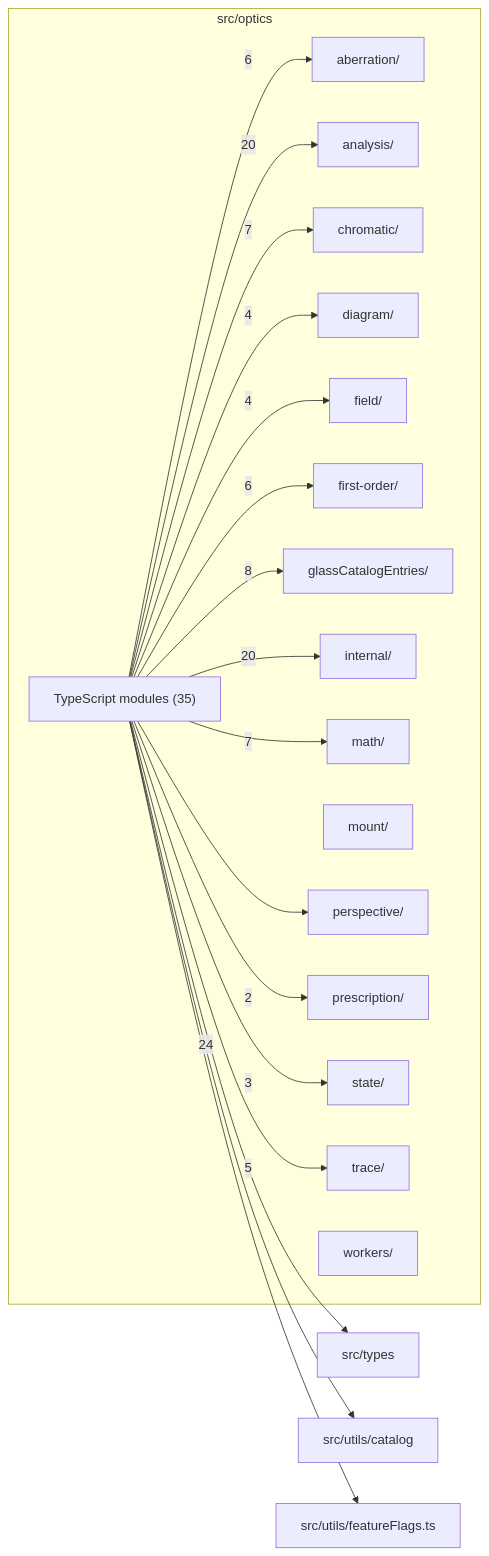
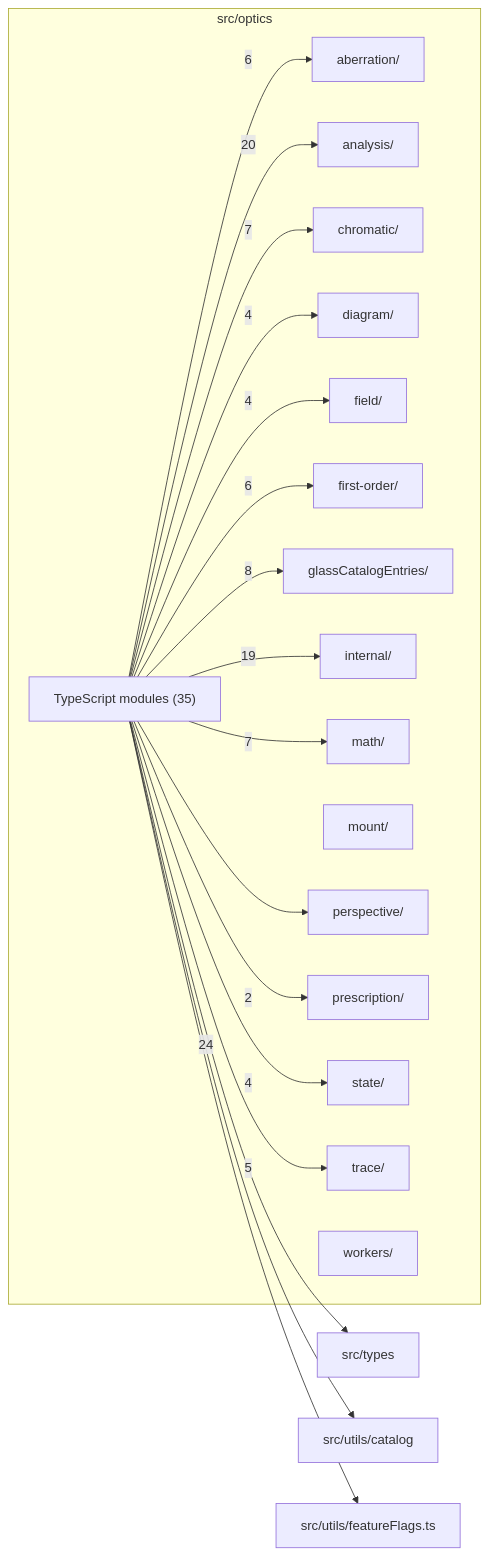
The diagram in src/optics/readme.md (ronbuening/LensVisualizer), drawn with Mermaid before and after one commit. The commit also changed other lines of this file and 27 other files, not shown here.

````diff
--- a/src/optics/readme.md
+++ b/src/optics/readme.md
@@ -9,40 +9,40 @@
 ```mermaid
 flowchart LR
   subgraph n_src_optics["src/optics"]
     n_src_optics_src_optics_aberration["aberration/"]
     n_src_optics_src_optics_analysis["analysis/"]
     n_src_optics_src_optics_chromatic["chromatic/"]
     n_src_optics_src_optics_diagram["diagram/"]
     n_src_optics_src_optics_field["field/"]
     n_src_optics_src_optics_first_order["first-order/"]
     n_src_optics_src_optics_glassCatalogEntries["glassCatalogEntries/"]
     n_src_optics_src_optics_internal["internal/"]
     n_src_optics_src_optics_math["math/"]
     n_src_optics_src_optics_mount["mount/"]
     n_src_optics_src_optics_perspective["perspective/"]
     n_src_optics_src_optics_prescription["prescription/"]
     n_src_optics_src_optics_state["state/"]
     n_src_optics_src_optics_trace["trace/"]
     n_src_optics_src_optics_workers["workers/"]
     n_src_optics_TypeScript_modules["TypeScript modules (35)"]
   end
   n_external_src_types["src/types"]
   n_external_src_utils_catalog["src/utils/catalog"]
   n_external_src_utils_featureFlags_ts["src/utils/featureFlags.ts"]
   n_src_optics_TypeScript_modules --> |24| n_external_src_types
   n_src_optics_TypeScript_modules --> |20| n_src_optics_src_optics_analysis
-  n_src_optics_TypeScript_modules --> |20| n_src_optics_src_optics_internal
+  n_src_optics_TypeScript_modules --> |19| n_src_optics_src_optics_internal
   n_src_optics_TypeScript_modules --> |8| n_src_optics_src_optics_glassCatalogEntries
   n_src_optics_TypeScript_modules --> |7| n_src_optics_src_optics_chromatic
   n_src_optics_TypeScript_modules --> |7| n_src_optics_src_optics_math
   n_src_optics_TypeScript_modules --> |6| n_src_optics_src_optics_aberration
   n_src_optics_TypeScript_modules --> |6| n_src_optics_src_optics_first_order
   n_src_optics_TypeScript_modules --> |5| n_src_optics_src_optics_trace
   n_src_optics_TypeScript_modules --> |4| n_src_optics_src_optics_diagram
   n_src_optics_TypeScript_modules --> |4| n_src_optics_src_optics_field
-  n_src_optics_TypeScript_modules --> |3| n_src_optics_src_optics_state
+  n_src_optics_TypeScript_modules --> |4| n_src_optics_src_optics_state
   n_src_optics_TypeScript_modules --> |2| n_src_optics_src_optics_prescription
   n_src_optics_TypeScript_modules --> n_external_src_utils_catalog
   n_src_optics_TypeScript_modules --> n_external_src_utils_featureFlags_ts
   n_src_optics_TypeScript_modules --> n_src_optics_src_optics_perspective
 ```
````
